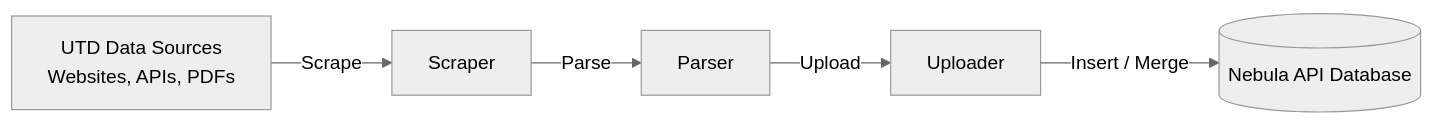
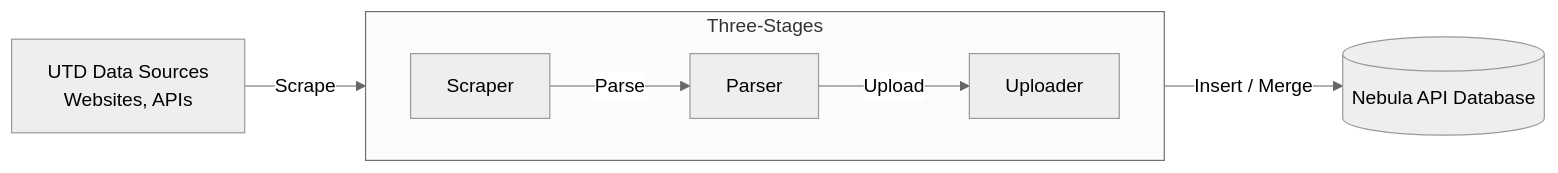
Before and after one commit to UTDNebula/api-tools: the diagram in docs/Project-Architecture.md, drawn with Mermaid (neutral theme).

````diff
--- a/docs/Project-Architecture.md
+++ b/docs/Project-Architecture.md
@@ -12,7 +12,15 @@
 ```mermaid
 flowchart LR
-    A[UTD Data Sources<br/>Websites, APIs, PDFs] -->|Scrape| B[Scraper]
-    B -->|Parse| C[Parser]
-    C -->|Upload| D[Uploader]
+    A[UTD Data Sources<br/>Websites, APIs] -->|Scrape| B
+
+    subgraph STAGE["Three-Stages"]
+        direction LR
+        B[Scraper]
+        C[Parser]
+        D[Uploader]
+        B -->|Parse| C
+        C -->|Upload| D
+    end
+
     D -->|Insert / Merge| E[(Nebula API Database)]
 ```
````
